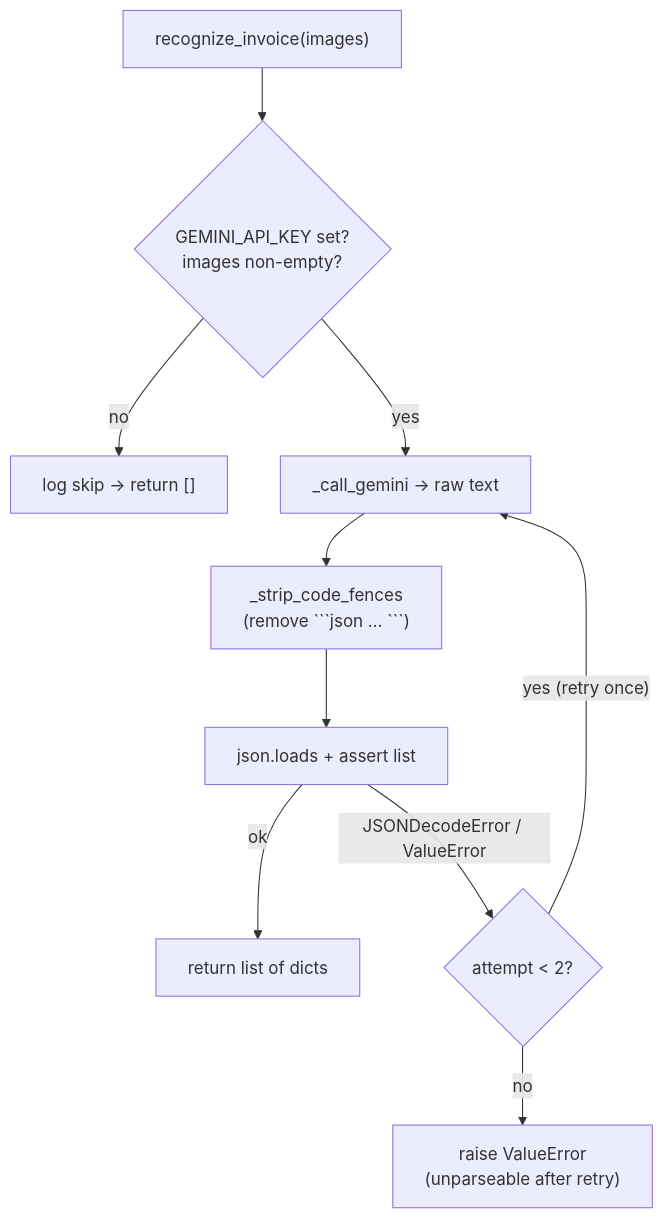
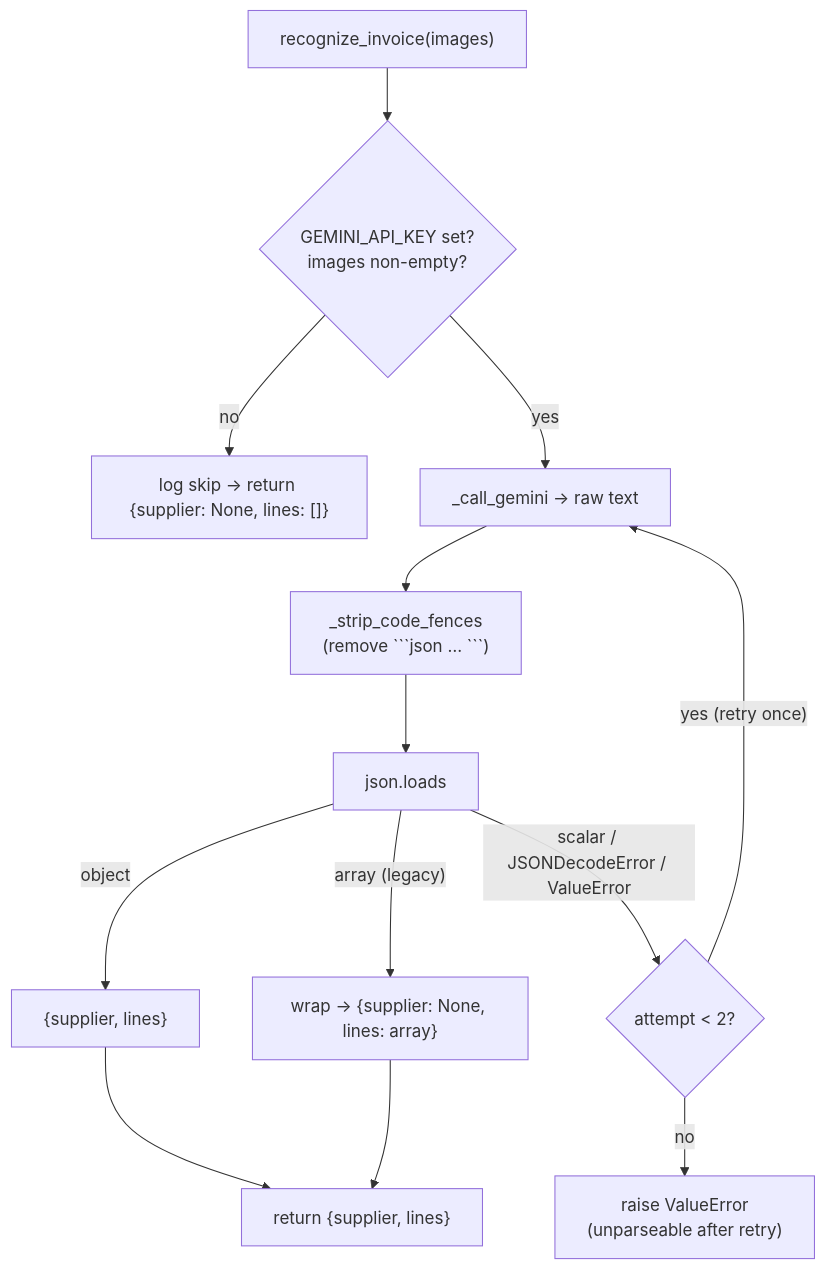
Before and after one commit to valera56856/docs: the second of 2 diagrams in docs/INTEGRATIONS.md, drawn with Mermaid. The commit also changed other lines of this file and 46 other files, not shown here.

````diff
--- a/docs/INTEGRATIONS.md
+++ b/docs/INTEGRATIONS.md
@@ -344,12 +367,15 @@
 ```mermaid
 flowchart TD
     A["recognize_invoice(images)"] --> K{"GEMINI_API_KEY set?<br/>images non-empty?"}
-    K -- "no" --> Z["log skip → return []"]
+    K -- "no" --> Z["log skip → return {supplier: None, lines: []}"]
     K -- "yes" --> C["_call_gemini → raw text"]
     C --> S["_strip_code_fences<br/>(remove ```json … ```)"]
-    S --> P["json.loads + assert list"]
-    P -- "ok" --> R["return list of dicts"]
-    P -- "JSONDecodeError / ValueError" --> RT{"attempt < 2?"}
+    S --> P["json.loads"]
+    P -- "object" --> O["{supplier, lines}"]
+    P -- "array (legacy)" --> L["wrap → {supplier: None, lines: array}"]
+    P -- "scalar / JSONDecodeError / ValueError" --> RT{"attempt < 2?"}
+    O --> R["return {supplier, lines}"]
+    L --> R
     RT -- "yes (retry once)" --> C
     RT -- "no" --> E["raise ValueError<br/>(unparseable after retry)"]
 ```
````
